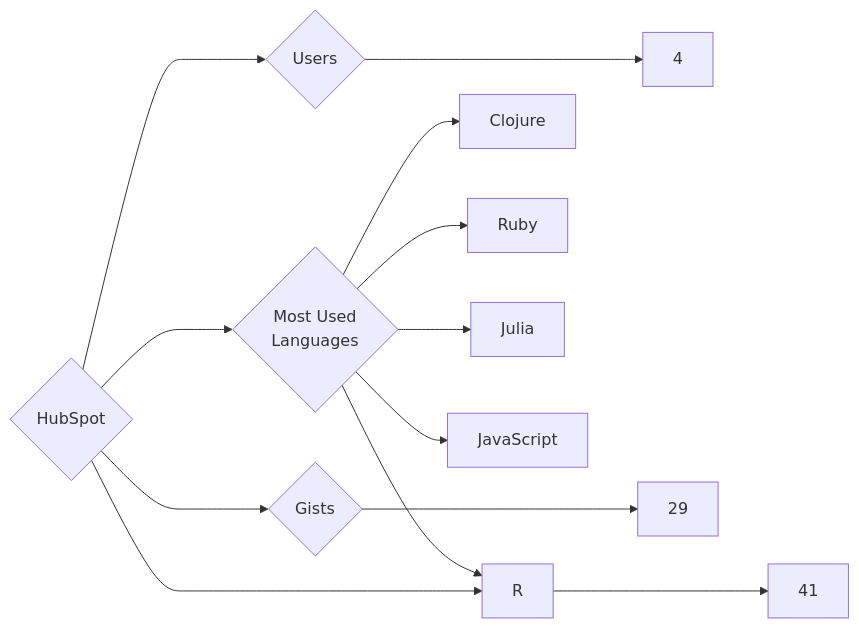
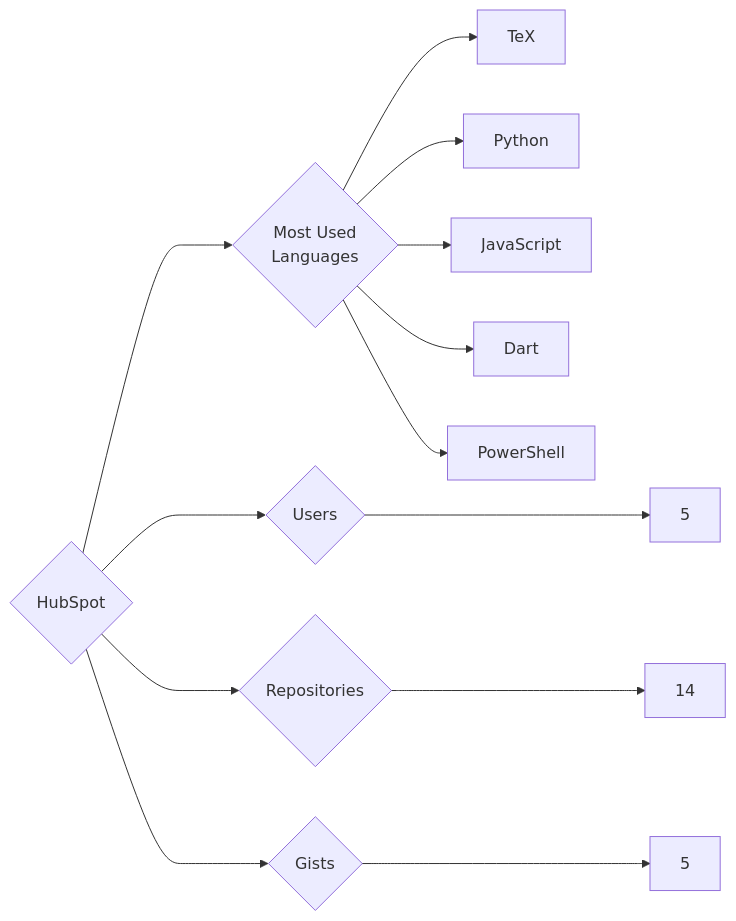
Before and after one commit to trickest/insiders: the diagram in targets/HubSpot/README.md, drawn with Mermaid. The commit also changed 1078 other files, not shown here.

````diff
--- a/targets/HubSpot/README.md
+++ b/targets/HubSpot/README.md
@@ -3,13 +3,13 @@
 ```mermaid
 graph LR
 COMPANY_NAME{HubSpot}
-COMPANY_NAME ---> U{Users} ---> UN[4]
-COMPANY_NAME ---> R{Repositories} ---> RN[41]
-COMPANY_NAME ---> G{Gists} ---> GN[29]
+COMPANY_NAME ---> U{Users} ---> UN[5]
+COMPANY_NAME ---> R{Repositories} ---> RN[14]
+COMPANY_NAME ---> G{Gists} ---> GN[5]
 COMPANY_NAME ---> ML{Most Used<br>Languages}
-ML --> Clojure[Clojure]
-ML --> Ruby[Ruby]
-ML --> R[R]
-ML --> Julia[Julia]
+ML --> TeX[TeX]
+ML --> Python[Python]
 ML --> JavaScript[JavaScript]
+ML --> Dart[Dart]
+ML --> PowerShell[PowerShell]
 ```
````
